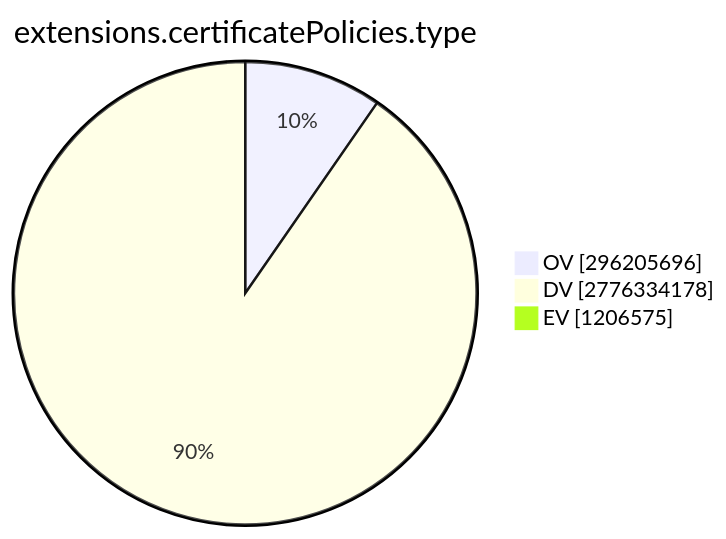
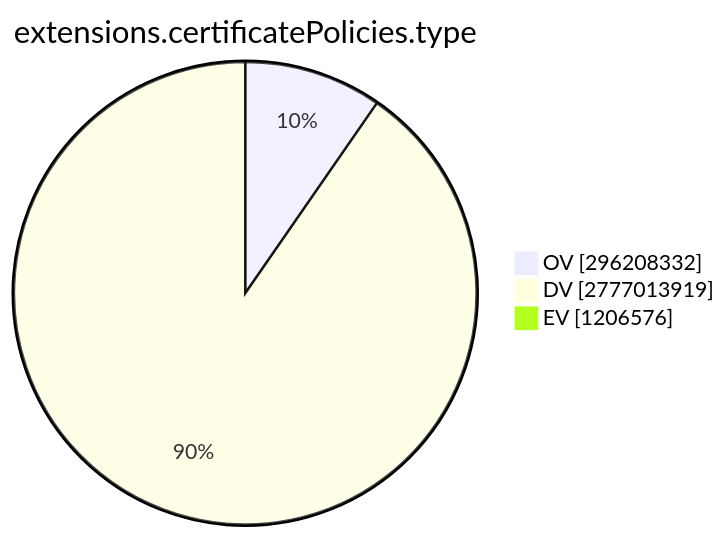
The ninth of 15 diagrams in TOTAL/README.md (christiankrug/ctmonitor_visualization), drawn with Mermaid before and after one commit. The commit also changed other lines of this file, not shown here.

````diff
--- a/TOTAL/README.md
+++ b/TOTAL/README.md
@@ -3099,7 +3099,7 @@
 ```mermaid
 pie showData
 title extensions.certificatePolicies.type
-"OV" :296205696
-"DV" :2776334178
-"EV" :1206575
+"OV" :296208332
+"DV" :2777013919
+"EV" :1206576
 ```
````
